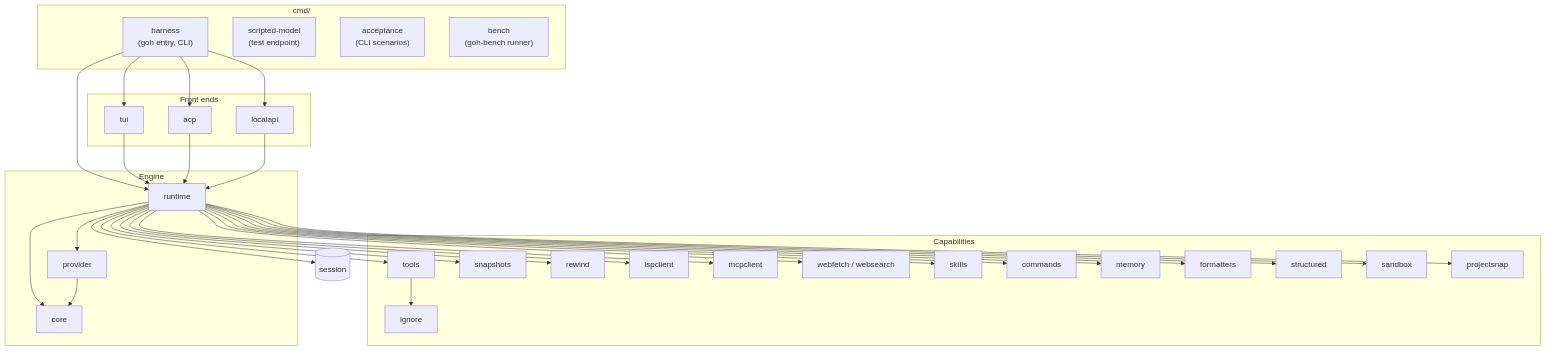
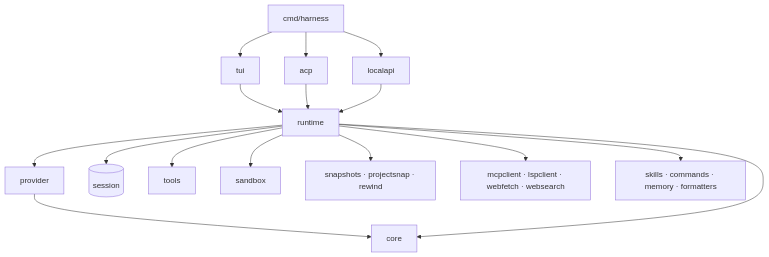
Before and after one commit to Sanidhya14321/goh: the first of 7 diagrams in docs/ARCHITECTURE.md, drawn with Mermaid. The commit also changed other lines of this file and 43 other files, not shown here.

````diff
--- a/docs/ARCHITECTURE.md
+++ b/docs/ARCHITECTURE.md
@@ -137,42 +43,11 @@
 ```mermaid
 flowchart TB
-    subgraph cmd["cmd/"]
-        H["harness<br/>(goh entry, CLI)"]
-        SM["scripted-model<br/>(test endpoint)"]
-        AC["acceptance<br/>(CLI scenarios)"]
-        BN["bench<br/>(goh-bench runner)"]
-    end
-    subgraph front["Front ends"]
-        TUI[tui]
-        ACP[acp]
-        API[localapi]
-    end
-    subgraph engine["Engine"]
-        RT[runtime]
-        PR[provider]
-        CORE[core]
-    end
-    subgraph capabilities["Capabilities"]
-        TL[tools]
-        SN[snapshots]
-        RW[rewind]
-        LSP[lspclient]
-        MCP[mcpclient]
-        WF[webfetch / websearch]
-        SK[skills]
-        CM[commands]
-        MEM[memory]
-        FMT[formatters]
-        IG[ignore]
-        ST[structured]
-        SB[sandbox]
-        PS[projectsnap]
-    end
-    SES[(session)]
-    H --> TUI & ACP & API & RT
-    TUI & ACP & API --> RT
-    RT --> PR & CORE & SES
-    RT --> TL & SN & PS & SB & RW & LSP & MCP & WF & SK & CM & MEM & FMT & ST
-    TL --> IG
-    PR --> CORE
+    H["cmd/harness"] --> TUI[tui] & ACP[acp] & API[localapi]
+    TUI & ACP & API --> RT[runtime]
+    RT --> PR[provider] --> CORE[core]
+    RT --> CORE
+    RT --> SES[(session)]
+    RT --> TL[tools] & SB[sandbox] & SN["snapshots · projectsnap · rewind"]
+    RT --> INT["mcpclient · lspclient · webfetch · websearch"]
+    RT --> EXT["skills · commands · memory · formatters"]
 ```
````
